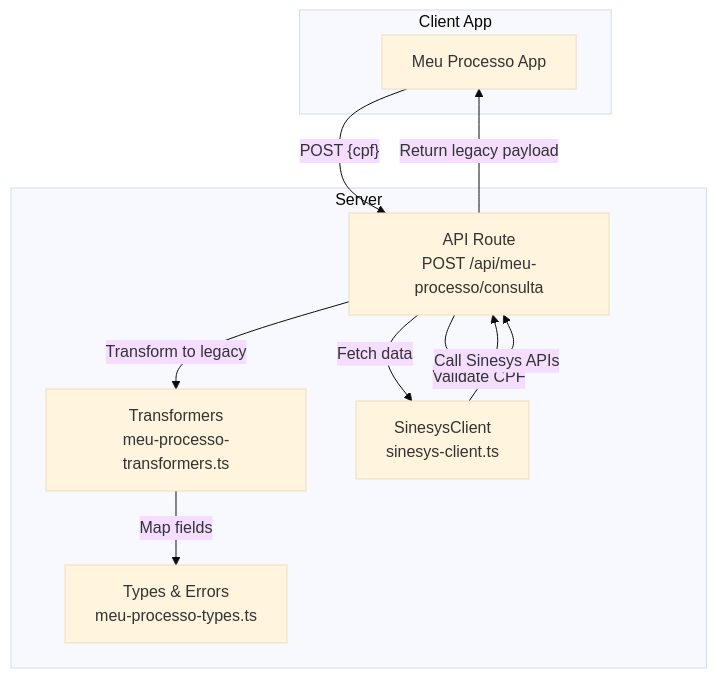
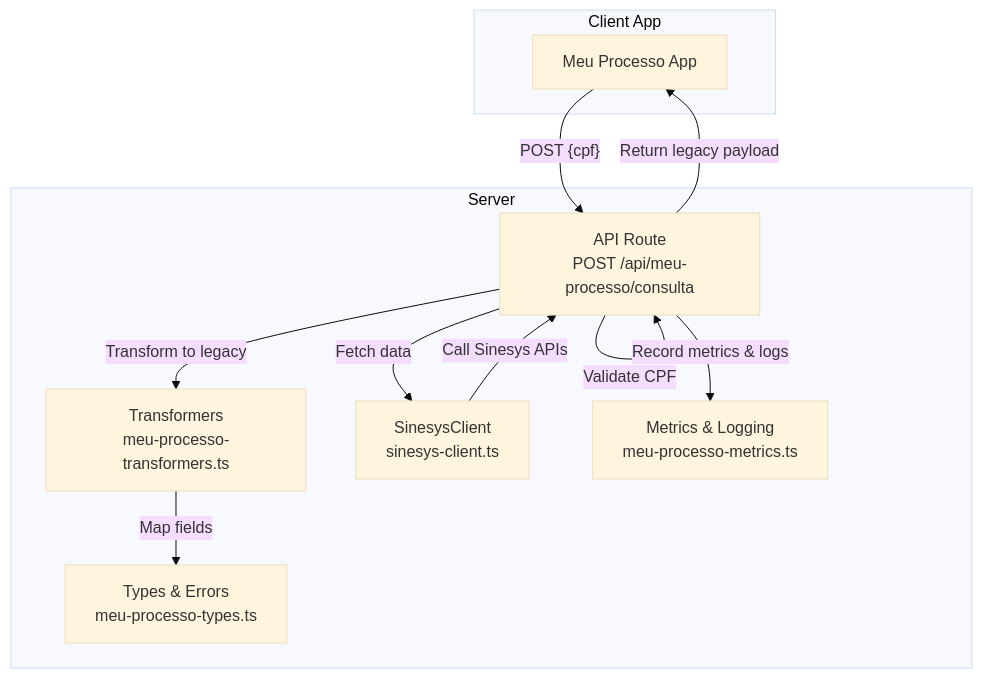
The first of 4 diagrams in .qoder/repowiki/en/content/API Reference/Data Capture Endpoints/Meu Processo Consulta Endpoint.md (SinesysTech/zattar-os), drawn with Mermaid (base theme) before and after one commit. The commit also changed other lines of this file and 21 other files, not shown here.

First line of the commit message:
chore: Refactor Meu Processo API, cleanup legacy code, and update dashboard UI responsiveness

````diff
--- a/.qoder/repowiki/en/content/API Reference/Data Capture Endpoints/Meu Processo Consulta Endpoint.md
+++ b/.qoder/repowiki/en/content/API Reference/Data Capture Endpoints/Meu Processo Consulta Endpoint.md
@@ -35,20 +46,22 @@
 ```mermaid
 graph TB
 subgraph "Client App"
 MP["Meu Processo App"]
 end
 subgraph "Server"
 API["API Route<br/>POST /api/meu-processo/consulta"]
 TR["Transformers<br/>meu-processo-transformers.ts"]
 TYPES["Types & Errors<br/>meu-processo-types.ts"]
 CLIENT["SinesysClient<br/>sinesys-client.ts"]
+METRICS["Metrics & Logging<br/>meu-processo-metrics.ts"]
 end
 MP --> |"POST {cpf}"| API
 API --> |"Authenticate"| API
 API --> |"Validate CPF"| API
 API --> |"Fetch data"| CLIENT
 CLIENT --> |"Call Sinesys APIs"| API
 API --> |"Transform to legacy"| TR
 TR --> |"Map fields"| TYPES
+API --> |"Record metrics & logs"| METRICS
 API --> |"Return legacy payload"| MP
 ```
````
